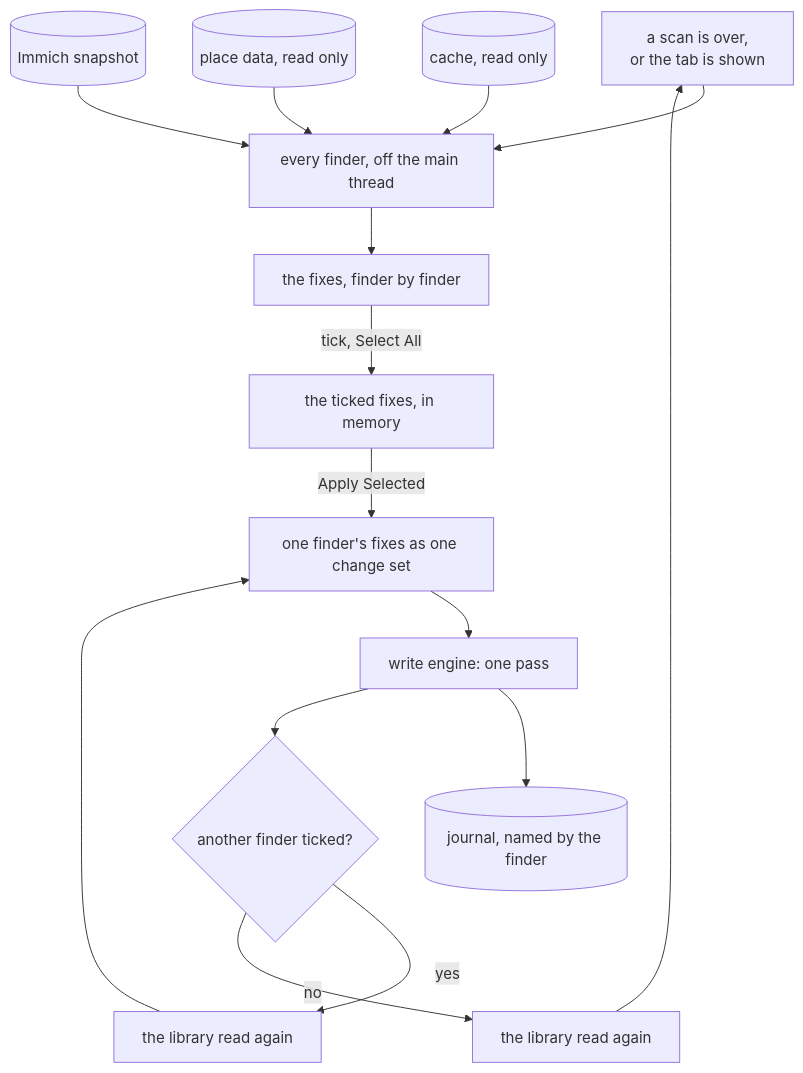
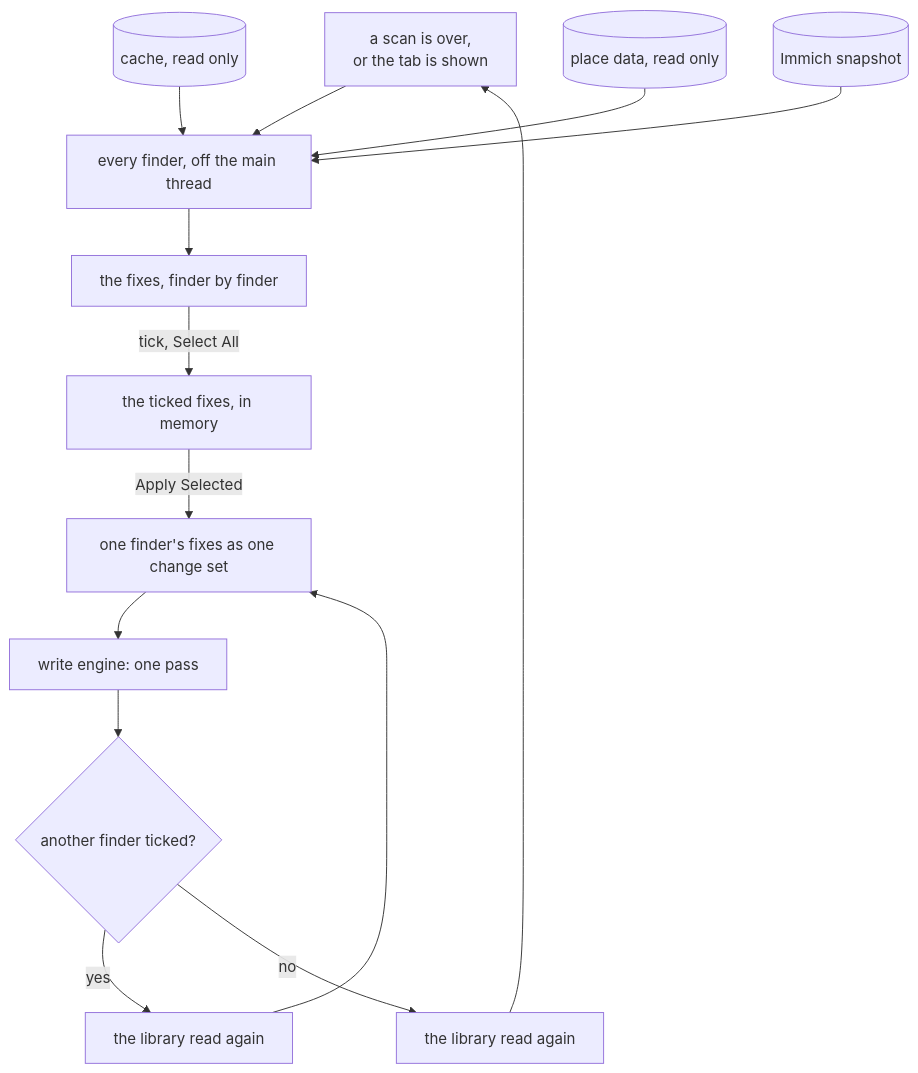
One commit to xuedi/photoManager changed the diagram in docs/suggestions.md. Above: the diagram before and after it, drawn with Mermaid. The commit also changed other lines of this file and 9 other files, not shown here.

````diff
--- a/docs/suggestions.md
+++ b/docs/suggestions.md
@@ -43,15 +43,14 @@
 ```mermaid
 flowchart TD
     trigger[a scan is over,<br/>or the tab is shown] --> find[every finder, off the main thread]
     cache[(cache, read only)] --> find
     geo[(place data, read only)] --> find
     snap[(Immich snapshot)] --> find
     find --> list[the fixes, finder by finder]
     list -- tick, Select All --> ticked[the ticked fixes, in memory]
     ticked -- Apply Selected --> pass[one finder's fixes as one change set]
     pass --> engine[write engine: one pass]
-    engine --> journal[(journal, named by the finder)]
     engine --> again{another finder ticked?}
     again -- yes --> scan[the library read again] --> pass
     again -- no --> read[the library read again] --> trigger
 ```
````
